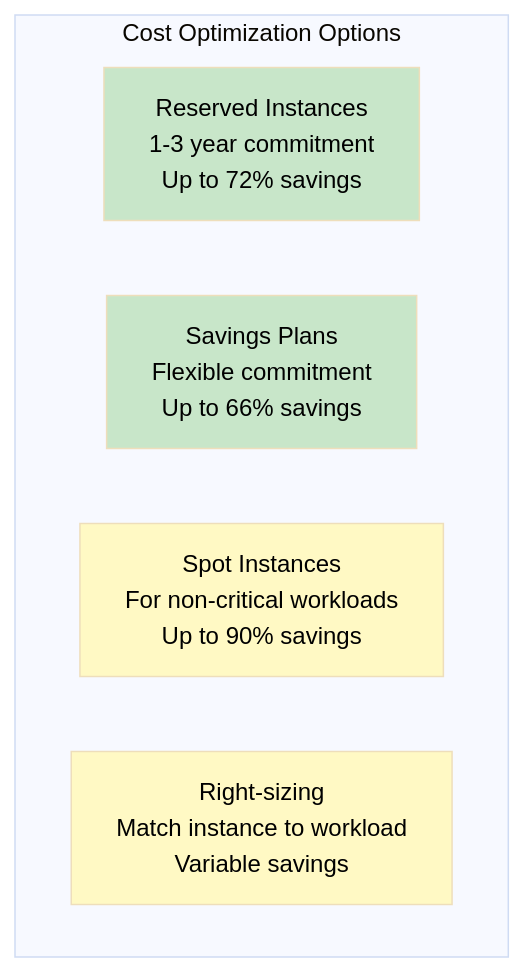
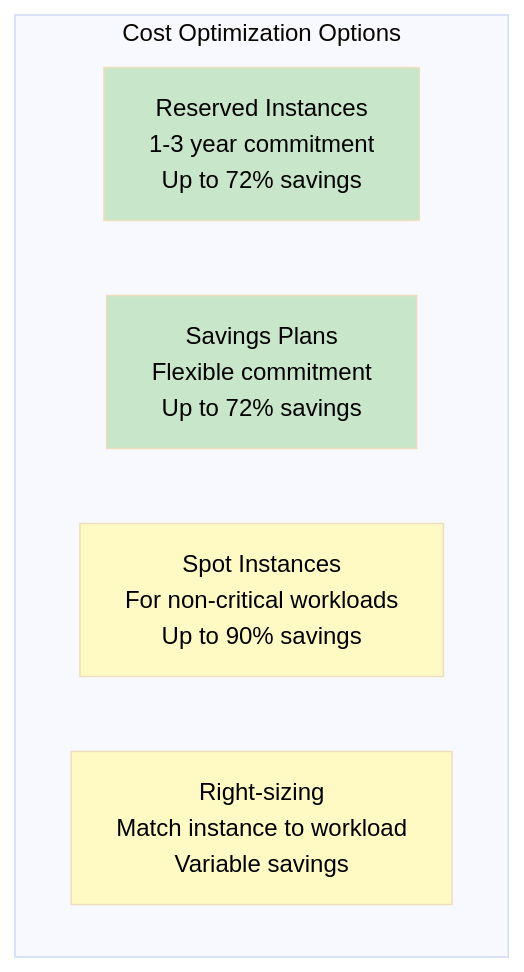
One commit to benjaminhonorio/aws-architecting changed diagram 22 of 26 in docs/scenarios/techbooks/phases/phase-6-modernization.md. Above: the diagram before and after it, drawn with Mermaid (base theme). The commit also changed other lines of this file and 3 other files, not shown here.

````diff
--- a/docs/scenarios/techbooks/phases/phase-6-modernization.md
+++ b/docs/scenarios/techbooks/phases/phase-6-modernization.md
@@ -710,15 +710,15 @@
 ```mermaid
 flowchart TB
     subgraph Savings["Cost Optimization Options"]
         RI["Reserved Instances<br>1-3 year commitment<br>Up to 72% savings"]
-        SP["Savings Plans<br>Flexible commitment<br>Up to 66% savings"]
+        SP["Savings Plans<br>Flexible commitment<br>Up to 72% savings"]
         Spot["Spot Instances<br>For non-critical workloads<br>Up to 90% savings"]
         Right["Right-sizing<br>Match instance to workload<br>Variable savings"]
     end
 
     style RI fill:#c8e6c9,color:#000
     style SP fill:#c8e6c9,color:#000
     style Spot fill:#fff9c4,color:#000
     style Right fill:#fff9c4,color:#000
     linkStyle default stroke:#000,stroke-width:2px
 ```
````
